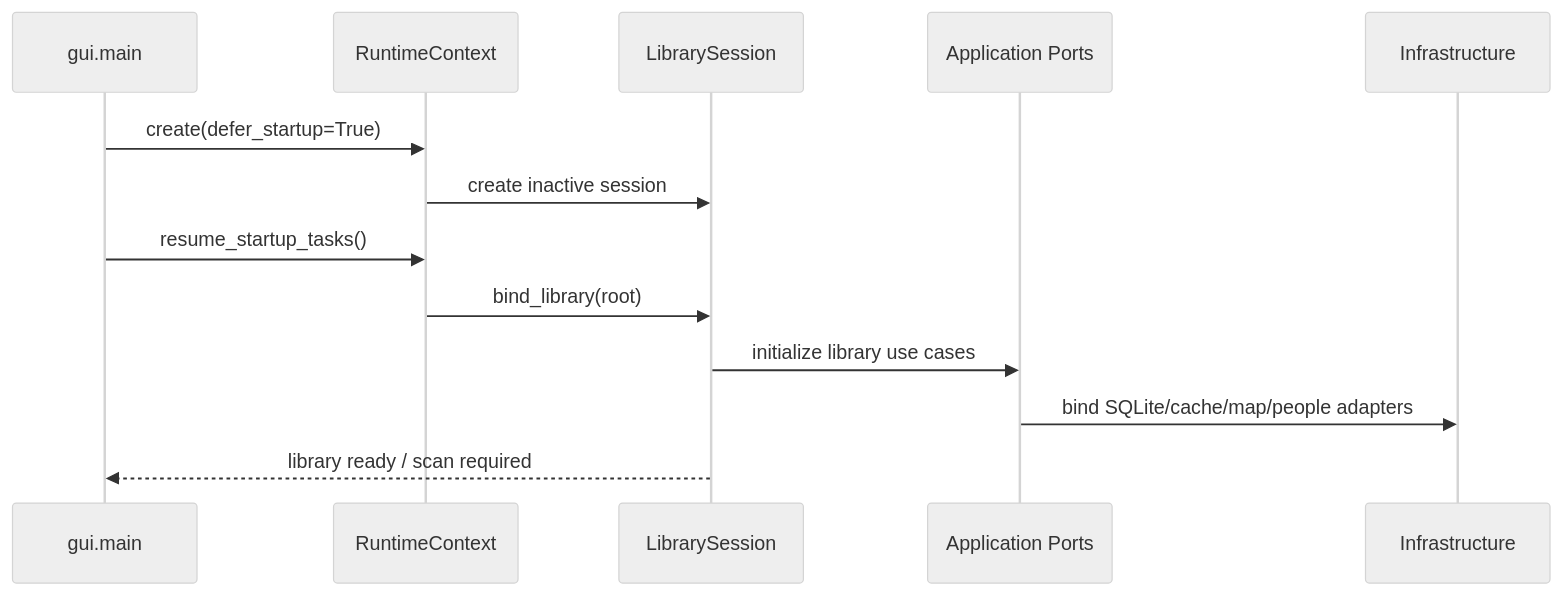
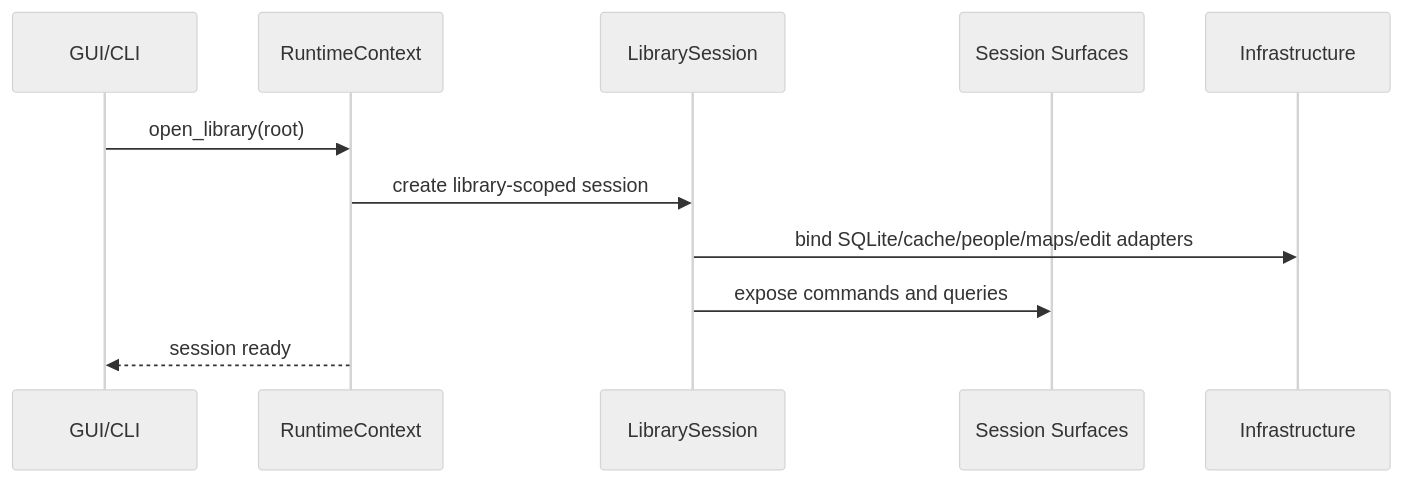
The second of 6 diagrams in docs/architecture.md (OliverZhaohaibin/iPhotron-LocalPhotoAlbumManager), drawn with Mermaid (neutral theme) before and after one commit. The commit also changed other lines of this file and 5 other files, not shown here.

Commit message:
docs: align vNext architecture documentation

````diff
--- a/docs/architecture.md
+++ b/docs/architecture.md
@@ -313,16 +261,14 @@
 ```mermaid
 sequenceDiagram
-    participant Main as gui.main
+    participant UI as GUI/CLI
     participant Runtime as RuntimeContext
     participant Session as LibrarySession
-    participant Ports as Application Ports
+    participant Surfaces as Session Surfaces
     participant Infra as Infrastructure
 
-    Main->>Runtime: create(defer_startup=True)
-    Runtime->>Session: create inactive session
-    Main->>Runtime: resume_startup_tasks()
-    Runtime->>Session: bind_library(root)
-    Session->>Ports: initialize library use cases
-    Ports->>Infra: bind SQLite/cache/map/people adapters
-    Session-->>Main: library ready / scan required
+    UI->>Runtime: open_library(root)
+    Runtime->>Session: create library-scoped session
+    Session->>Infra: bind SQLite/cache/people/maps/edit adapters
+    Session->>Surfaces: expose commands and queries
+    Runtime-->>UI: session ready
 ```
````
